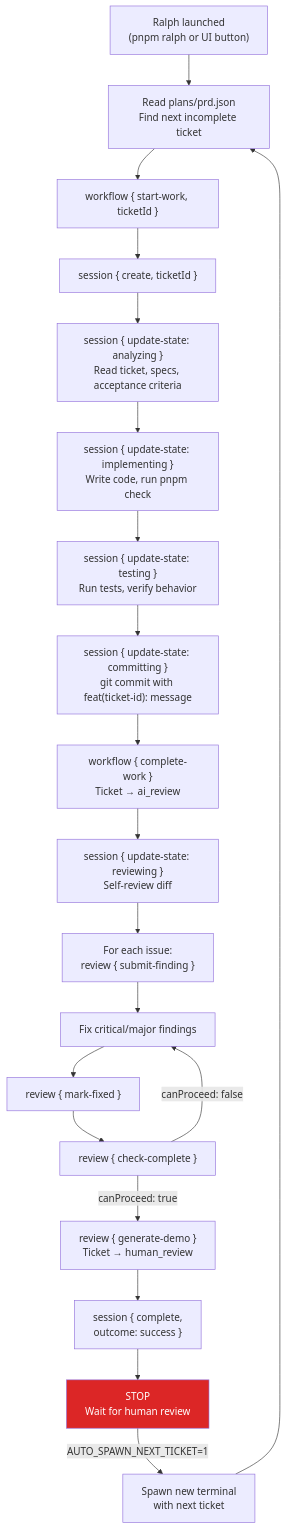
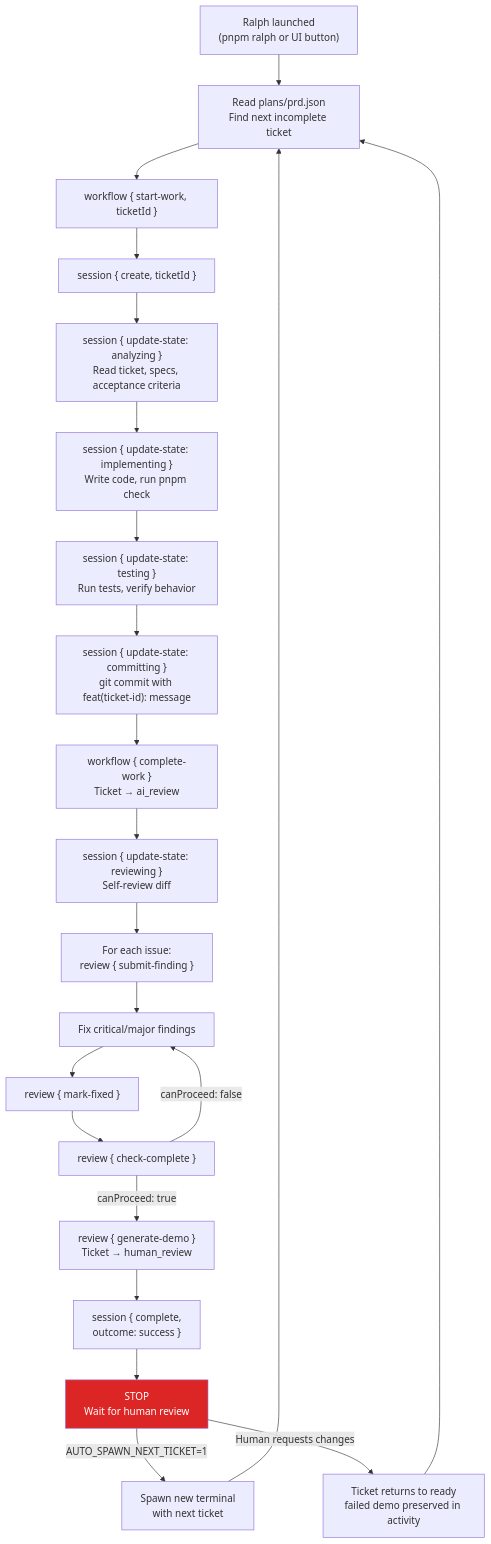
One commit to salmanrrana/brain-dump changed diagram 13 of 15 in docs/claude-flow-ticket-lifecycle.md. Above: the diagram before and after it, drawn with Mermaid. The commit also changed other lines of this file and 30 other files, not shown here.

First line of the commit message:
Human Review Change Requests (#131)

````diff
--- a/docs/claude-flow-ticket-lifecycle.md
+++ b/docs/claude-flow-ticket-lifecycle.md
@@ -670,34 +682,37 @@
 ```mermaid
 flowchart TB
     Start["Ralph launched<br/>(pnpm ralph or UI button)"] --> ReadPRD["Read plans/prd.json<br/>Find next incomplete ticket"]
 
     ReadPRD --> StartWork["workflow { start-work, ticketId }"]
     StartWork --> CreateSession["session { create, ticketId }"]
     CreateSession --> Analyze["session { update-state: analyzing }<br/>Read ticket, specs, acceptance criteria"]
 
     Analyze --> Implement["session { update-state: implementing }<br/>Write code, run pnpm check"]
 
     Implement --> Test["session { update-state: testing }<br/>Run tests, verify behavior"]
 
     Test --> Commit["session { update-state: committing }<br/>git commit with feat(ticket-id): message"]
 
     Commit --> Complete["workflow { complete-work }<br/>Ticket → ai_review"]
 
     Complete --> Review["session { update-state: reviewing }<br/>Self-review diff"]
 
     Review --> Findings["For each issue:<br/>review { submit-finding }"]
     Findings --> Fix["Fix critical/major findings"]
     Fix --> MarkFixed["review { mark-fixed }"]
     MarkFixed --> CheckComplete["review { check-complete }"]
 
     CheckComplete -->|"canProceed: true"| Demo["review { generate-demo }<br/>Ticket → human_review"]
     CheckComplete -->|"canProceed: false"| Fix
 
     Demo --> CompleteSession["session { complete,<br/>outcome: success }"]
     CompleteSession --> Stop["STOP<br/>Wait for human review"]
 
     Stop -->|"AUTO_SPAWN_NEXT_TICKET=1"| SpawnNext["Spawn new terminal<br/>with next ticket"]
     SpawnNext --> ReadPRD
 
+    Stop -->|"Human requests changes"| ChangeRequest["Ticket returns to ready<br/>failed demo preserved in activity"]
+    ChangeRequest --> ReadPRD
+
     style Stop fill:#dc2626,color:#fff
 ```
````
